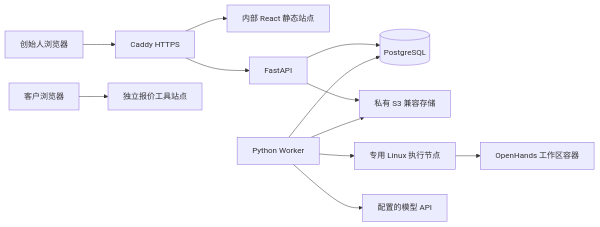
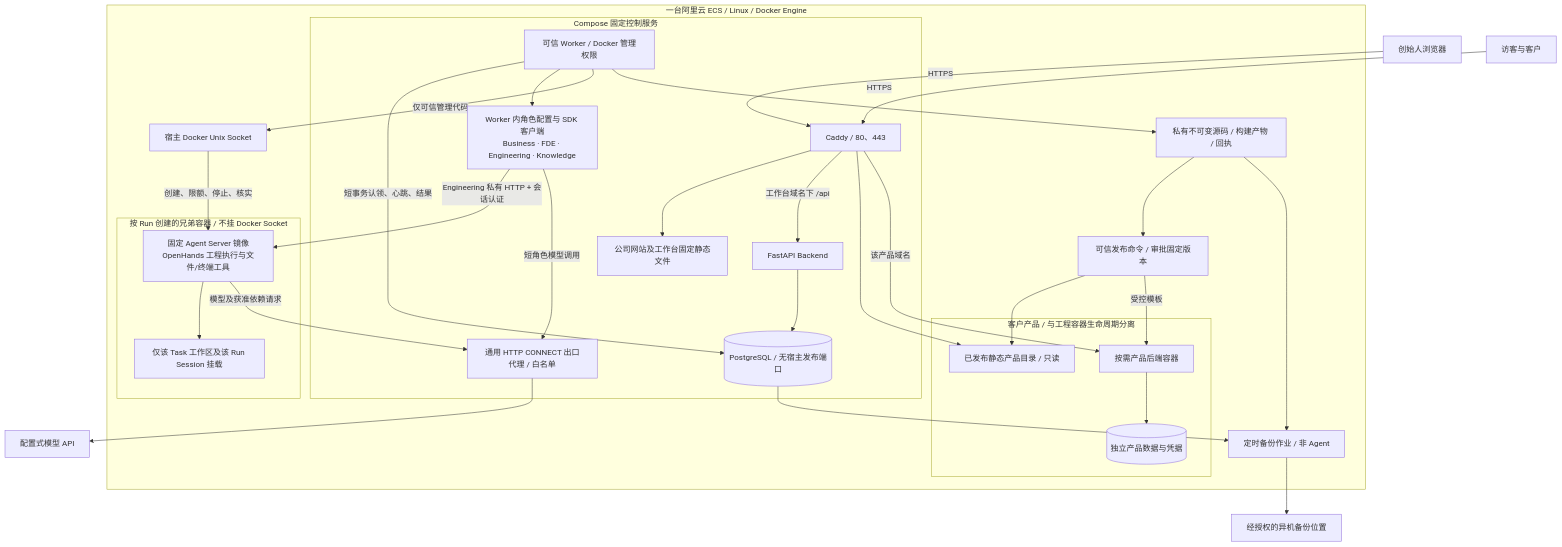
Before and after one commit to yassay1/OneFDE: the diagram in docs/operations/deployment.md, drawn with Mermaid. The commit also changed other lines of this file and 140 other files, not shown here.

````diff
--- a/docs/operations/deployment.md
+++ b/docs/operations/deployment.md
@@ -7,14 +9,53 @@
 ```mermaid
-flowchart LR
-    Founder[创始人浏览器] --> HTTPS[Caddy HTTPS]
-    HTTPS --> SPA[内部 React 静态站点]
-    HTTPS --> API[FastAPI]
-    API --> DB[(PostgreSQL)]
-    Worker[Python Worker] --> DB
-    API --> Objects[私有 S3 兼容存储]
-    Worker --> Objects
-    Worker --> Runner[专用 Linux 执行节点]
-    Runner --> Containers[OpenHands 工作区容器]
-    Worker --> LLM[配置的模型 API]
-    Customer[客户浏览器] --> Tool[独立报价工具站点]
+flowchart TB
+    Founder[创始人浏览器] -->|HTTPS| Gateway
+    Customer[访客与客户] -->|HTTPS| Gateway
+    Models[配置式模型 API]
+    BackupTarget[经授权的异机备份位置]
+    subgraph ECS[一台阿里云 ECS / Linux / Docker Engine]
+        subgraph Core[Compose 固定控制服务]
+            Gateway[Caddy / 80、443]
+            UI[公司网站及工作台固定静态文件]
+            API[FastAPI Backend]
+            DB[(PostgreSQL / 无宿主发布端口)]
+            Worker[可信 Worker / Docker 管理权限]
+            Roles["Worker 内角色配置与 SDK 客户端<br/>Business · FDE · Engineering · Knowledge"]
+            Egress[通用 HTTP CONNECT 出口代理 / 白名单]
+            Gateway --> UI
+            Gateway -->|工作台域名下 /api| API
+            API --> DB
+            Worker -->|短事务认领、心跳、结果| DB
+            Worker --> Roles
+        end
+        Daemon[宿主 Docker Unix Socket]
+        Worker -->|仅可信管理代码| Daemon
+        subgraph Dynamic[按 Run 创建的兄弟容器 / 不挂 Docker Socket]
+            Sandbox["固定 Agent Server 镜像<br/>OpenHands 工程执行与文件/终端工具"]
+            Workspace[仅该 Task 工作区及该 Run Session 挂载]
+            Sandbox --> Workspace
+        end
+        Daemon -->|创建、限额、停止、核实| Sandbox
+        Roles -->|Engineering 私有 HTTP + 会话认证| Sandbox
+        Roles -->|短角色模型调用| Egress
+        Sandbox -->|模型及获准依赖请求| Egress
+        Artifacts[私有不可变源码 / 构建产物 / 回执]
+        Worker --> Artifacts
+        Publish[可信发布命令 / 审批固定版本]
+        Artifacts --> Publish
+        subgraph Products[客户产品 / 与工程容器生命周期分离]
+            Static[已发布静态产品目录 / 只读]
+            App[按需产品后端容器]
+            ProductData[(独立产品数据与凭据)]
+            App --> ProductData
+        end
+        Publish --> Static
+        Publish -->|受控模板| App
+        Gateway --> Static
+        Gateway -->|该产品域名| App
+        Dump[定时备份作业 / 非 Agent]
+        DB --> Dump
+        Artifacts --> Dump
+    end
+    Egress --> Models
+    Dump --> BackupTarget
 ```
````
